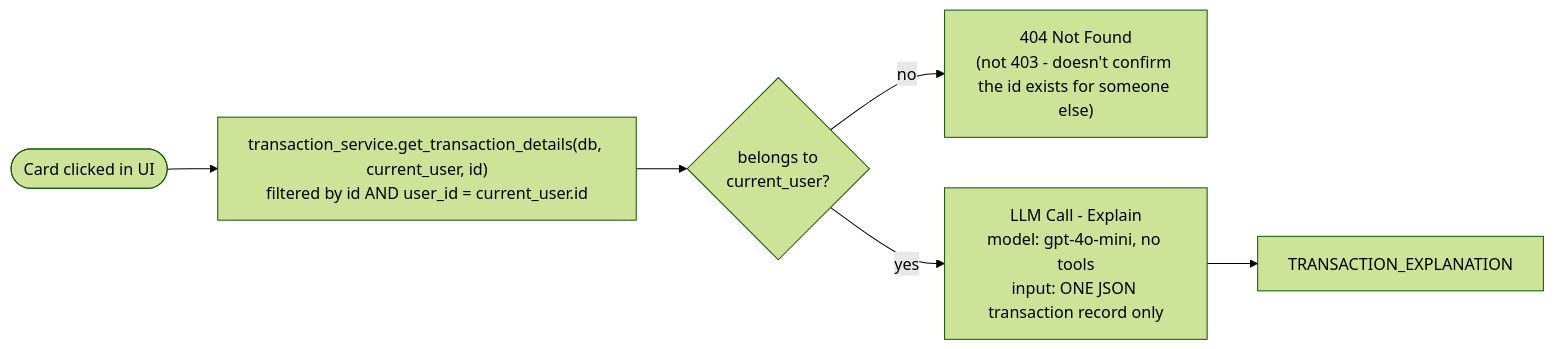
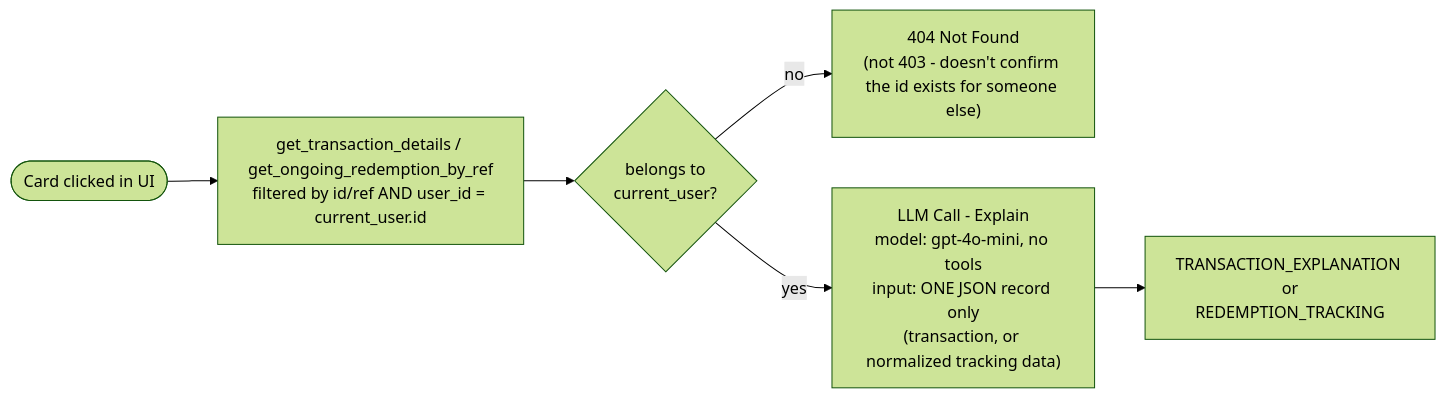
Before and after one commit to esakkiraja100116/ai-support-assistant: the fifth of 5 diagrams in docs/chat-tool-calling-flow.md, drawn with Mermaid (forest theme). The commit also changed other lines of this file and 3 other files, not shown here.

````diff
--- a/docs/chat-tool-calling-flow.md
+++ b/docs/chat-tool-calling-flow.md
@@ -82,8 +108,8 @@
 ```mermaid
 flowchart LR
-    CLICK(["Card clicked in UI"]) --> LOOKUP["transaction_service.get_transaction_details(db, current_user, id)<br/>filtered by id AND user_id = current_user.id"]
+    CLICK(["Card clicked in UI"]) --> LOOKUP["get_transaction_details / get_ongoing_redemption_by_ref<br/>filtered by id/ref AND user_id = current_user.id"]
     LOOKUP --> OWNS{"belongs to<br/>current_user?"}
     OWNS -->|no| NF["404 Not Found<br/>(not 403 - doesn't confirm the id exists for someone else)"]
-    OWNS -->|yes| CALL["LLM Call - Explain<br/>model: gpt-4o-mini, no tools<br/>input: ONE JSON transaction record only"]
-    CALL --> RESULT["TRANSACTION_EXPLANATION"]
+    OWNS -->|yes| CALL["LLM Call - Explain<br/>model: gpt-4o-mini, no tools<br/>input: ONE JSON record only<br/>(transaction, or normalized tracking data)"]
+    CALL --> RESULT["TRANSACTION_EXPLANATION or<br/>REDEMPTION_TRACKING"]
 ```
````
